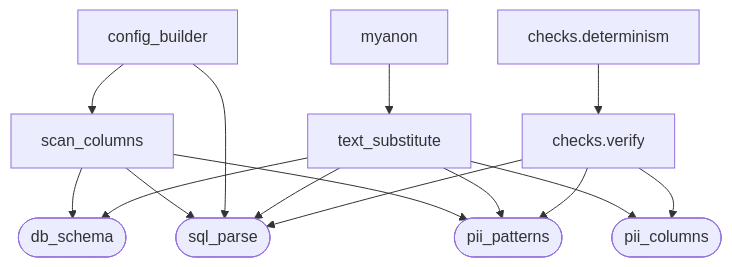
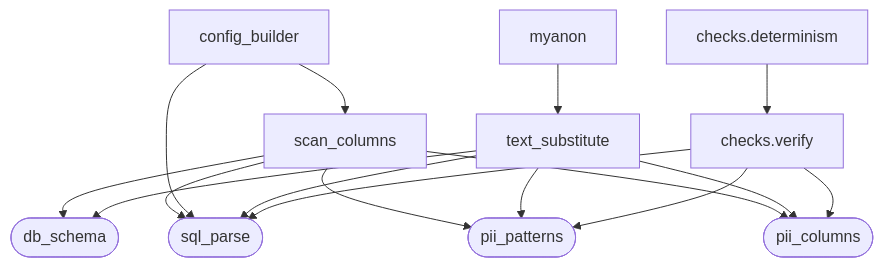
One commit to Andrey-Ostapenko/rusal-sanitizer changed the first of 3 diagrams in README.md. Above: the diagram before and after it, drawn with Mermaid. The commit also changed other lines of this file and 6 other files, not shown here.

````diff
--- a/README.md
+++ b/README.md
@@ -226,25 +226,26 @@
 ```mermaid
 graph TD
     scan["scan_columns"]
     build["config_builder"]
     myanon["myanon"] --> subst["text_substitute"]
     determ["checks.determinism"] --> verify["checks.verify"]
 
     columns(["pii_columns"])
     db_schema(["db_schema"])
     sql_parse(["sql_parse"])
     pii(["pii_patterns"])
 
     scan --> db_schema
     scan --> sql_parse
     scan --> pii
+    scan --> columns
     build --> scan
     build --> sql_parse
     subst --> sql_parse
     subst --> pii
     subst --> columns
     subst --> db_schema
     verify --> sql_parse
     verify --> pii
     verify --> columns
 ```
````
